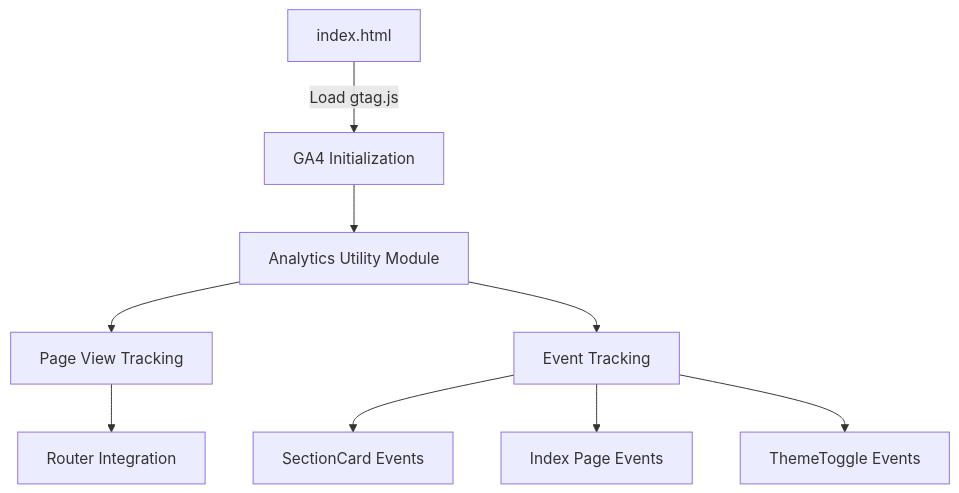
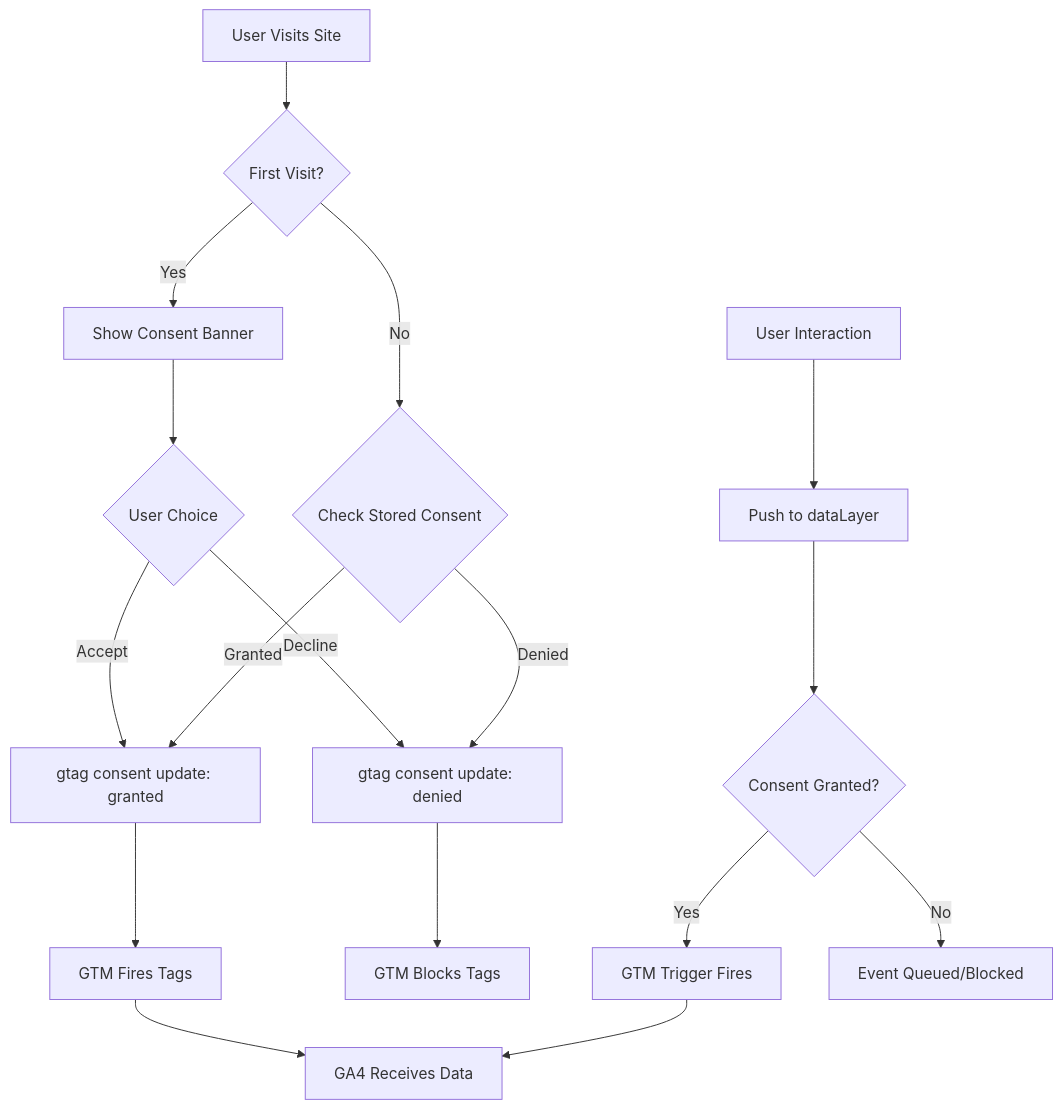
The diagram in plans/ga4-analytics-plan.md (samcarrington/lovable-security-checklist), drawn with Mermaid before and after one commit. The commit also changed other lines of this file, not shown here.

First line of the commit message:
Update GA4 plan: add GTM, cookie consent, and checkbox tracking analysis

````diff
--- a/plans/ga4-analytics-plan.md
+++ b/plans/ga4-analytics-plan.md
@@ -132,11 +162,20 @@
 ```mermaid
 graph TD
-    A[index.html] -->|Load gtag.js| B[GA4 Initialization]
-    B --> C[Analytics Utility Module]
-    C --> D[Page View Tracking]
-    C --> E[Event Tracking]
-    D --> F[Router Integration]
-    E --> G[SectionCard Events]
-    E --> H[Index Page Events]
-    E --> I[ThemeToggle Events]
+    A[User Visits Site] --> B{First Visit?}
+    B -->|Yes| C[Show Consent Banner]
+    B -->|No| D{Check Stored Consent}
+    C --> E{User Choice}
+    E -->|Accept| F[gtag consent update: granted]
+    E -->|Decline| G[gtag consent update: denied]
+    D -->|Granted| F
+    D -->|Denied| G
+    F --> H[GTM Fires Tags]
+    G --> I[GTM Blocks Tags]
+    H --> J[GA4 Receives Data]
+    
+    K[User Interaction] --> L[Push to dataLayer]
+    L --> M{Consent Granted?}
+    M -->|Yes| N[GTM Trigger Fires]
+    M -->|No| O[Event Queued/Blocked]
+    N --> J
 ```
````
